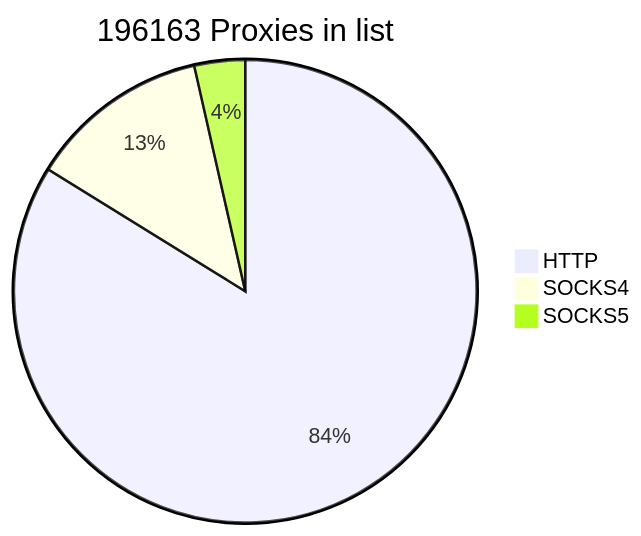
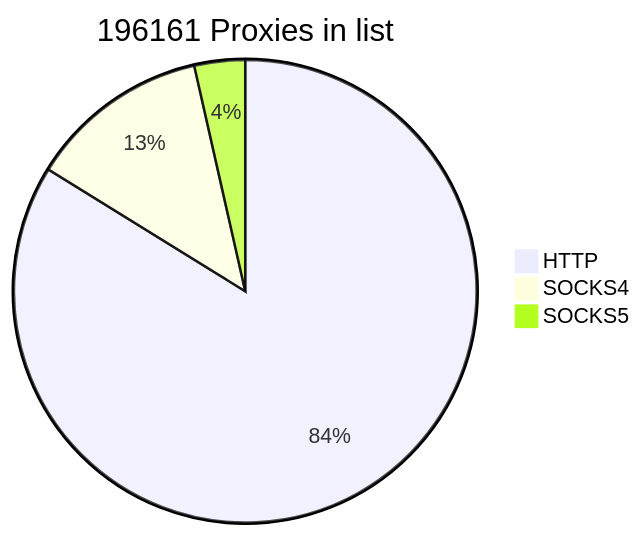
Before and after one commit to cutipu/proxylist: the first of 2 diagrams in README.md, drawn with Mermaid. The commit also changed other lines of this file, not shown here.

````diff
--- a/README.md
+++ b/README.md
@@ -2,7 +2,7 @@
 ```mermaid
-pie title 196163 Proxies in list
+pie title 196161 Proxies in list
     "HTTP" : 164410
     "SOCKS4" : 24803
-    "SOCKS5" : 6950
+    "SOCKS5" : 6948
             
 ```
````
